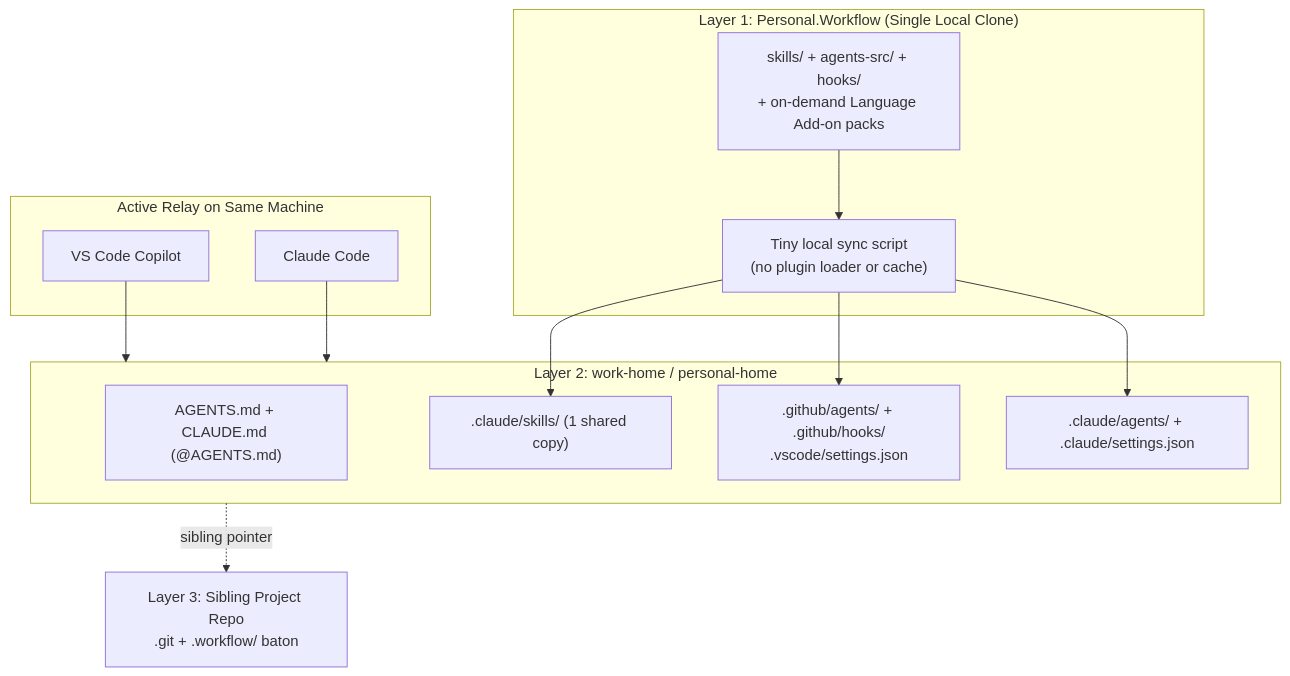
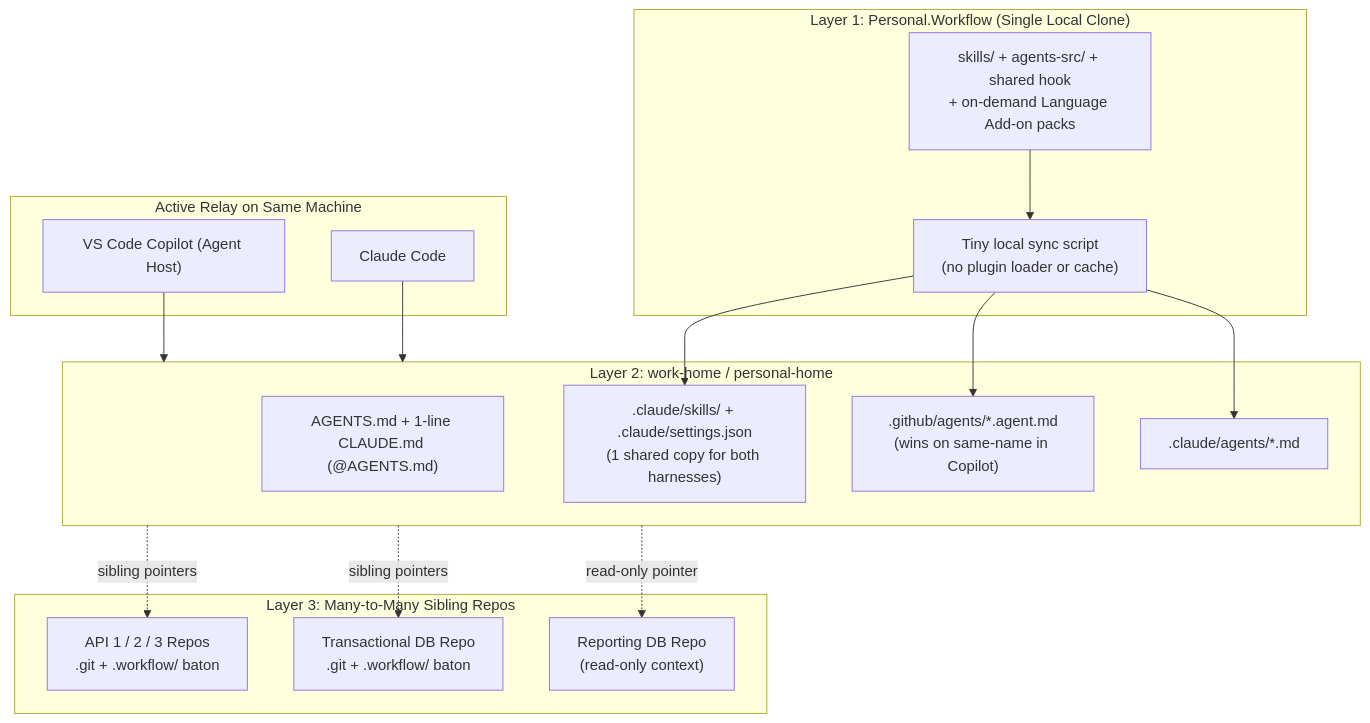
Before and after one commit to smikelson75/Personal.Workflow: the first of 2 diagrams in .workflow/incubations/home-repo-workflow.md, drawn with Mermaid. The commit also changed other lines of this file, not shown here.

Commit message:
docs(workflow): incubate home-repo-workflow

````diff
--- a/.workflow/incubations/home-repo-workflow.md
+++ b/.workflow/incubations/home-repo-workflow.md
@@ -28,29 +33,35 @@
 ```mermaid
 flowchart TB
     subgraph Engine["Layer 1: Personal.Workflow (Single Local Clone)"]
-        Src["skills/ + agents-src/ + hooks/<br/>+ on-demand Language Add-on packs"]
+        Src["skills/ + agents-src/ + shared hook<br/>+ on-demand Language Add-on packs"]
         Sync["Tiny local sync script<br/>(no plugin loader or cache)"]
         Src --> Sync
     end
 
     subgraph Home["Layer 2: work-home / personal-home"]
-        Docs["AGENTS.md + CLAUDE.md (@AGENTS.md)"]
-        SharedSkills[".claude/skills/ (1 shared copy)"]
-        CopilotFiles[".github/agents/ + .github/hooks/<br/>.vscode/settings.json"]
-        ClaudeFiles[".claude/agents/ + .claude/settings.json"]
+        Docs["AGENTS.md + 1-line CLAUDE.md (@AGENTS.md)"]
+        Shared[".claude/skills/ + .claude/settings.json<br/>(1 shared copy for both harnesses)"]
+        CopilotAgents[".github/agents/*.agent.md<br/>(wins on same-name in Copilot)"]
+        ClaudeAgents[".claude/agents/*.md"]
     end
 
     subgraph Harnesses["Active Relay on Same Machine"]
-        VSC["VS Code Copilot"]
+        VSC["VS Code Copilot (Agent Host)"]
         CC["Claude Code"]
     end
 
-    Repo["Layer 3: Sibling Project Repo<br/>.git + .workflow/ baton"]
+    subgraph Siblings["Layer 3: Many-to-Many Sibling Repos"]
+        API["API 1 / 2 / 3 Repos<br/>.git + .workflow/ baton"]
+        DB1["Transactional DB Repo<br/>.git + .workflow/ baton"]
+        DB2["Reporting DB Repo<br/>(read-only context)"]
+    end
 
-    Sync --> SharedSkills
-    Sync --> CopilotFiles
-    Sync --> ClaudeFiles
+    Sync --> Shared
+    Sync --> CopilotAgents
+    Sync --> ClaudeAgents
     VSC --> Home
     CC --> Home
-    Home -. "sibling pointer" .-> Repo
+    Home -. "sibling pointers" .-> API
+    Home -. "sibling pointers" .-> DB1
+    Home -. "read-only pointer" .-> DB2
 ```
````
